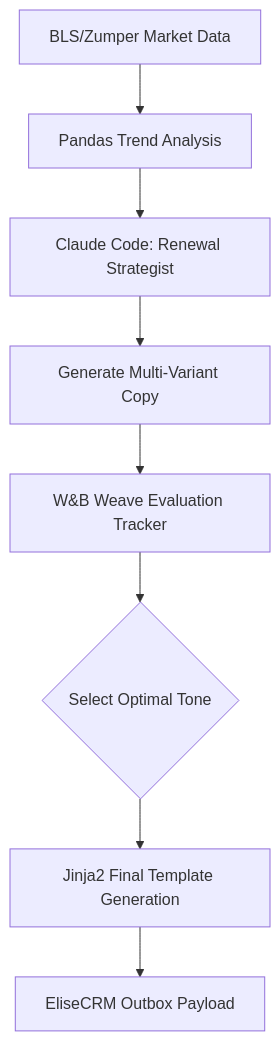
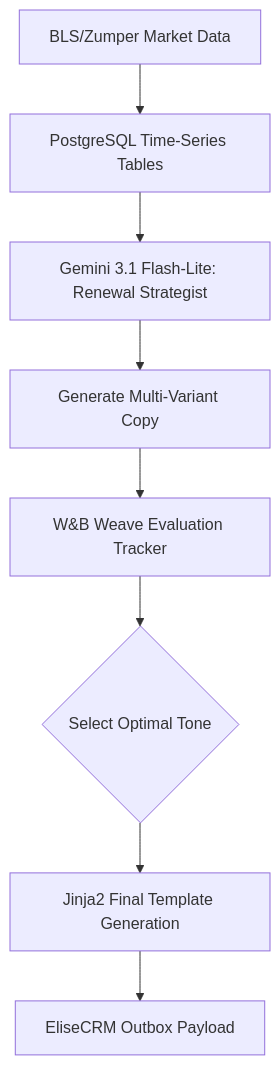
The diagram in docs/phase_4_renewal_automation.md (kaushalbalagurusamy/housing-agent-demo), drawn with Mermaid before and after one commit. The commit also changed other lines of this file and 4 other files, not shown here.

Commit message:
docs: pivot to PostgreSQL architecture and Gemini 3.1 Flash-Lite agents

````diff
--- a/docs/phase_4_renewal_automation.md
+++ b/docs/phase_4_renewal_automation.md
@@ -30,10 +30,10 @@
 ```mermaid
 graph TD
-    A[BLS/Zumper Market Data] --> B[Pandas Trend Analysis]
-    B --> C[Claude Code: Renewal Strategist]
+    A[BLS/Zumper Market Data] --> B[PostgreSQL Time-Series Tables]
+    B --> C[Gemini 3.1 Flash-Lite: Renewal Strategist]
     C --> D[Generate Multi-Variant Copy]
     D --> E[W&B Weave Evaluation Tracker]
     E --> F{Select Optimal Tone}
     F --> G[Jinja2 Final Template Generation]
     G --> H[EliseCRM Outbox Payload]
 ```
````
